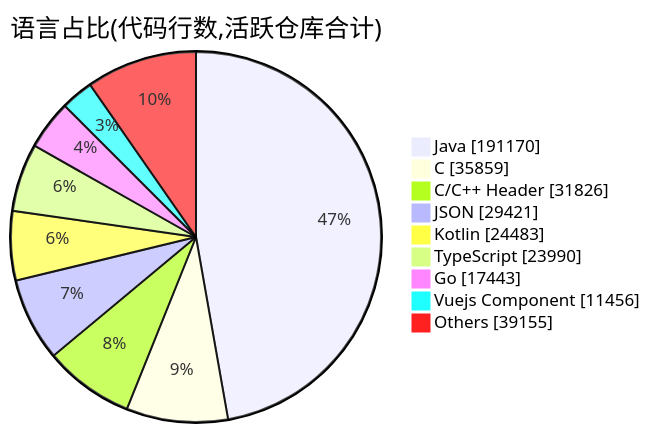
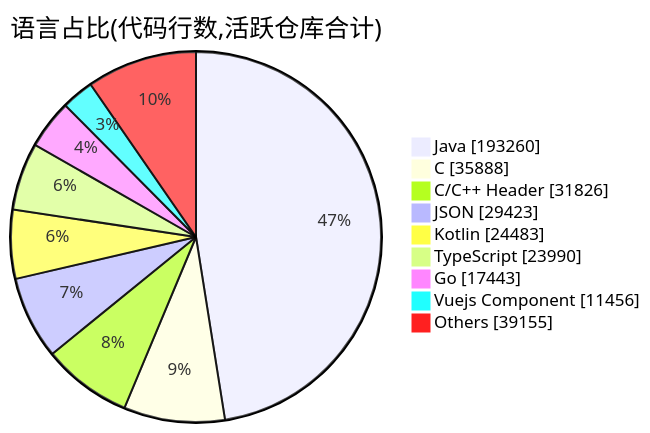
One commit to Conflux-Union/.github changed the second of 2 diagrams in profile/README.md. Above: the diagram before and after it, drawn with Mermaid. The commit also changed other lines of this file and 1 other file, not shown here.

````diff
--- a/profile/README.md
+++ b/profile/README.md
@@ -83,13 +82,13 @@
 ```mermaid
 pie showData
     title 语言占比(代码行数,活跃仓库合计)
-    "Java" : 191170
-    "C" : 35859
+    "Java" : 193260
+    "C" : 35888
     "C/C++ Header" : 31826
-    "JSON" : 29421
+    "JSON" : 29423
     "Kotlin" : 24483
     "TypeScript" : 23990
     "Go" : 17443
     "Vuejs Component" : 11456
     "Others" : 39155
 ```
````
